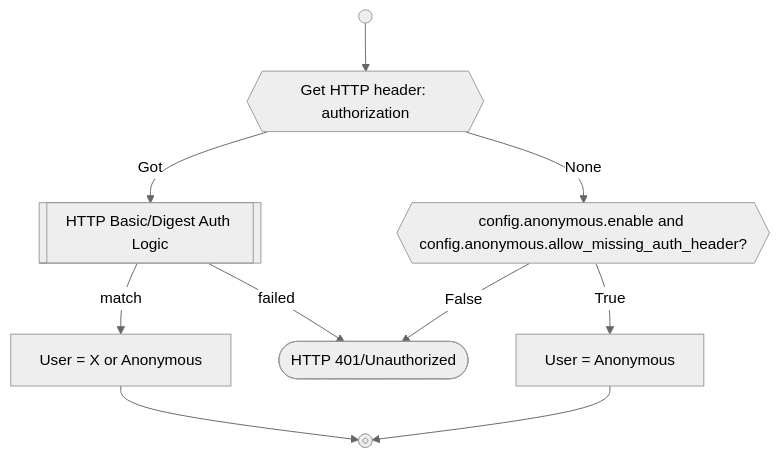
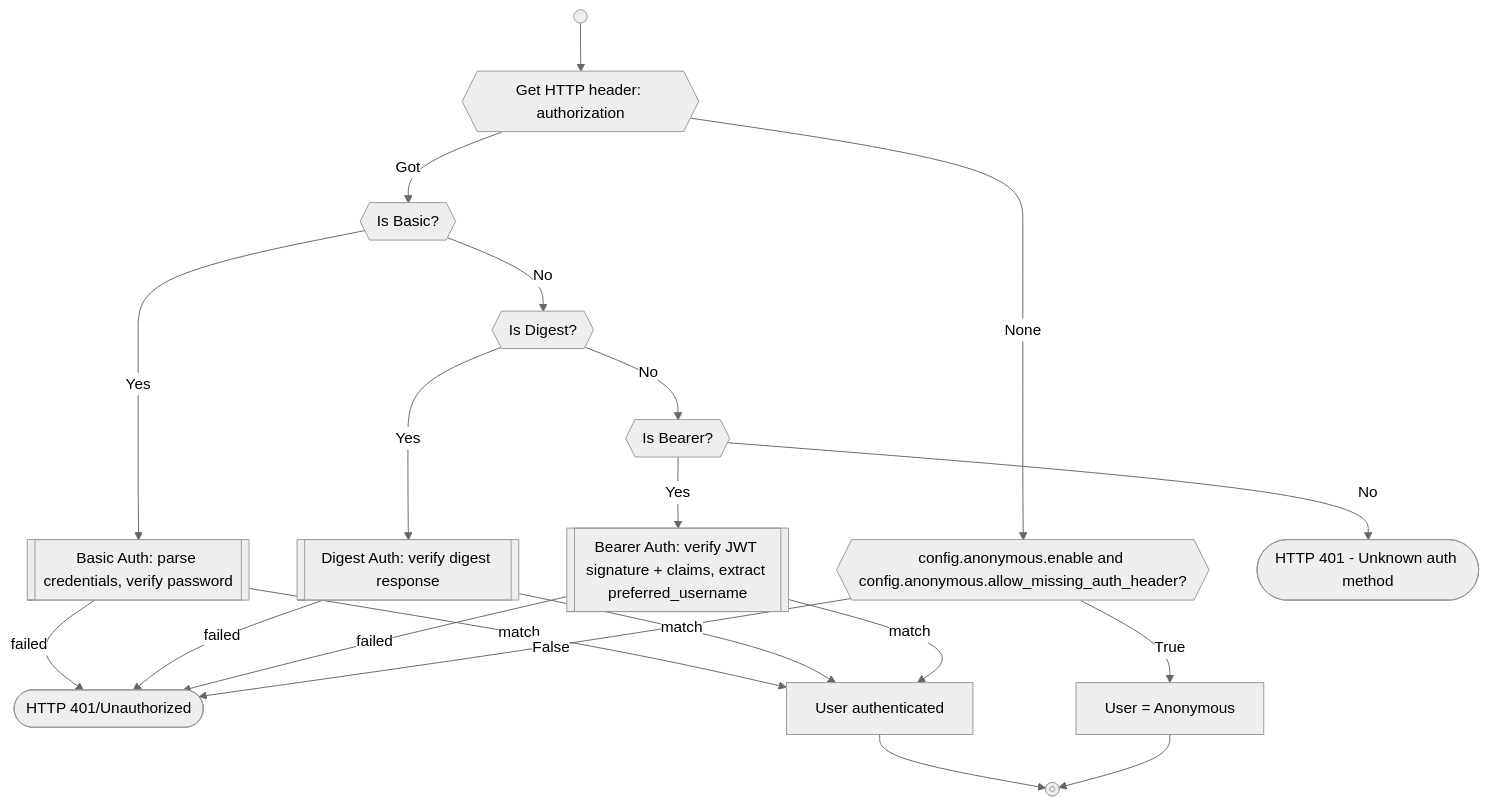
Before and after one commit to rexzhang/asgi-webdav: the second of 2 diagrams in docs/guide/authentication.en.md, drawn with Mermaid (neutral theme). The commit also changed other lines of this file and 8 other files, not shown here.

Commit message:
feat: OIDC Bearer token auth and documentation

````diff
--- a/docs/guide/authentication.en.md
+++ b/docs/guide/authentication.en.md
@@ -26,16 +33,33 @@
 ```mermaid
 flowchart TB
     START@{ shape: sm-circ, label: "Small start" }
     END@{ shape: framed-circle, label: "Stop" }
     HTTP_HEADER_CHECK{{Get HTTP header: authorization}}
-    HTTP_AUTH[[HTTP Basic/Digest Auth Logic]]
+    BASIC_AUTH{{Is Basic?}}
+    DIGEST_AUTH{{Is Digest?}}
+    BEARER_AUTH{{Is Bearer?}}
+    BASIC_LOGIC[[Basic Auth: parse credentials, verify password]]
+    DIGEST_LOGIC[[Digest Auth: verify digest response]]
+    BEARER_LOGIC[[Bearer Auth: verify JWT signature + claims, extract preferred_username]]
     ALLOW_MISSING_AUTH_HEADER{{config.anonymous.enable and config.anonymous.allow_missing_auth_header?}}
 
     START--> HTTP_HEADER_CHECK
-    HTTP_HEADER_CHECK -->|Got| HTTP_AUTH
     HTTP_HEADER_CHECK -->|None| ALLOW_MISSING_AUTH_HEADER
-    HTTP_AUTH -->|match| USER_IS_X[User = X or Anonymous] --> END
-    HTTP_AUTH -->|failed| 401([HTTP 401/Unauthorized])
+    HTTP_HEADER_CHECK -->|Got| BASIC_AUTH
+    BASIC_AUTH -->|Yes| BASIC_LOGIC
+    BASIC_AUTH -->|No| DIGEST_AUTH
+    DIGEST_AUTH -->|Yes| DIGEST_LOGIC
+    DIGEST_AUTH -->|No| BEARER_AUTH
+    BEARER_AUTH -->|Yes| BEARER_LOGIC
+    BEARER_AUTH -->|No| 401_UNKNOWN([HTTP 401 - Unknown auth method])
+
+    BASIC_LOGIC -->|match| USER_IS_X[User authenticated] --> END
+    BASIC_LOGIC -->|failed| 401([HTTP 401/Unauthorized])
+    DIGEST_LOGIC -->|match| USER_IS_X
+    DIGEST_LOGIC -->|failed| 401
+    BEARER_LOGIC -->|match| USER_IS_X
+    BEARER_LOGIC -->|failed| 401
+
     ALLOW_MISSING_AUTH_HEADER -->|False| 401
     ALLOW_MISSING_AUTH_HEADER -->|True| USER_IS_ANONYMOUS[User = Anonymous] --> END
 ```
````
